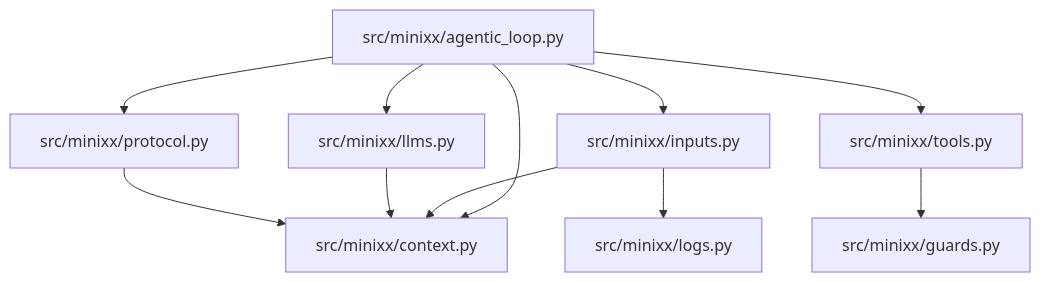
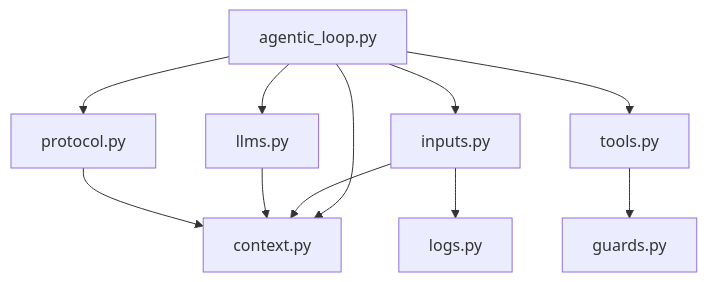
One commit to mtov/minixx changed the second of 2 diagrams in README.md. Above: the diagram before and after it, drawn with Mermaid.

Commit message:
docs: simplify README architecture diagram labels

````diff
--- a/README.md
+++ b/README.md
@@ -69,22 +69,22 @@
 ```mermaid
 flowchart TD
-    A["src/minixx/agentic_loop.py"]
-    B["src/minixx/context.py"]
-    C["src/minixx/inputs.py"]
-    D["src/minixx/llms.py"]
-    E["src/minixx/protocol.py"]
-    F["src/minixx/tools.py"]
-    G["src/minixx/logs.py"]
-    H["src/minixx/guards.py"]
+    A["agentic_loop.py"]
+    B["context.py"]
+    C["inputs.py"]
+    D["llms.py"]
+    E["protocol.py"]
+    F["tools.py"]
+    G["logs.py"]
+    H["guards.py"]
 
     A --> B
     A --> C
     A --> D
     A --> E
     A --> F
     C --> B
     C --> G
     D --> B
     E --> B
     F --> H
 ```
````
